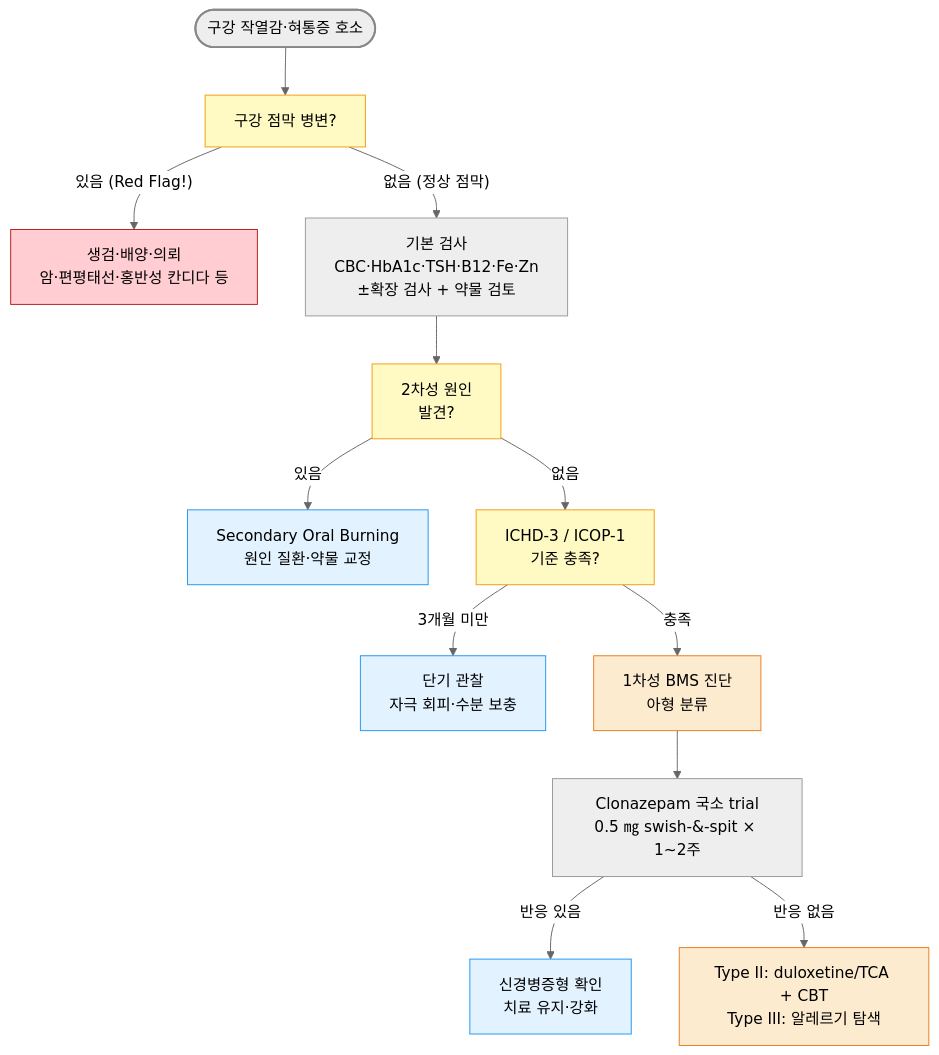
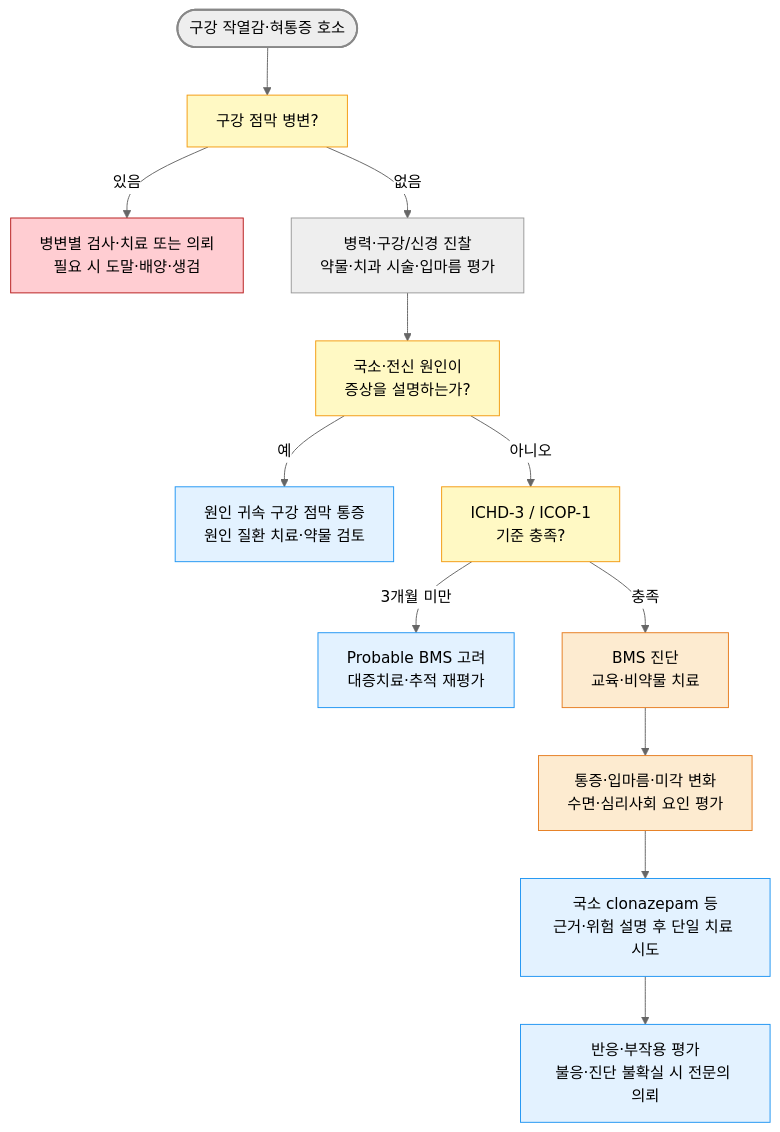
One commit to familyoh77/familyoh77 changed the diagram in 222_/057_-glossodynia-burning-mouth.md. Above: the diagram before and after it, drawn with Mermaid (neutral theme). The commit also changed other lines of this file, not shown here.

````diff
--- a/222_/057_-glossodynia-burning-mouth.md
+++ b/222_/057_-glossodynia-burning-mouth.md
@@ -120,22 +135,22 @@
 ```mermaid
 flowchart TD
     A(["구강 작열감·혀통증 호소"]) --> B["구강 점막 병변?"]
-    B -->|"있음 (Red Flag!)"| C["생검·배양·의뢰<br/>암·편평태선·홍반성 칸디다 등"]
-    B -->|"없음 (정상 점막)"| D["기본 검사<br/>CBC·HbA1c·TSH·B12·Fe·Zn<br/>±확장 검사 + 약물 검토"]
-    D --> E["2차성 원인<br/>발견?"]
-    E -->|"있음"| F["Secondary Oral Burning<br/>원인 질환·약물 교정"]
-    E -->|"없음"| G["ICHD-3 / ICOP-1<br/>기준 충족?"]
-    G -->|"3개월 미만"| H["단기 관찰<br/>자극 회피·수분 보충"]
-    G -->|"충족"| I["1차성 BMS 진단<br/>아형 분류"]
-    I --> T["Clonazepam 국소 trial<br/>0.5 ㎎ swish-&-spit × 1~2주"]
-    T -->|"반응 있음"| U["신경병증형 확인<br/>치료 유지·강화"]
-    T -->|"반응 없음"| V["Type II: duloxetine/TCA + CBT<br/>Type III: 알레르기 탐색"]
+    B -->|"있음"| C["병변별 검사·치료 또는 의뢰<br/>필요 시 도말·배양·생검"]
+    B -->|"없음"| D["병력·구강/신경 진찰<br/>약물·치과 시술·입마름 평가"]
+    D --> E["국소·전신 원인이<br/>증상을 설명하는가?"]
+    E -->|"예"| F["원인 귀속 구강 점막 통증<br/>원인 질환 치료·약물 검토"]
+    E -->|"아니오"| G["ICHD-3 / ICOP-1<br/>기준 충족?"]
+    G -->|"3개월 미만"| H["Probable BMS 고려<br/>대증치료·추적 재평가"]
+    G -->|"충족"| I["BMS 진단<br/>교육·비약물 치료"]
+    I --> T["통증·입마름·미각 변화<br/>수면·심리사회 요인 평가"]
+    T --> U["국소 clonazepam 등<br/>근거·위험 설명 후 단일 치료 시도"]
+    U --> V["반응·부작용 평가<br/>불응·진단 불확실 시 전문의 의뢰"]
 style A fill:#eeeeee,stroke:#888888,stroke-width:2px
 style C fill:#ffcdd2,stroke:#b71c1c
 classDef yellow fill:#fff9c4,stroke:#f39c12
 class B,E,G yellow
 classDef sky fill:#e3f2ff,stroke:#2196f3
-class F,H,U sky
+class F,H,U,V sky
 classDef orange fill:#fdebd0,stroke:#e67e22
-class I,V orange
+class I,T orange
 ```
````
